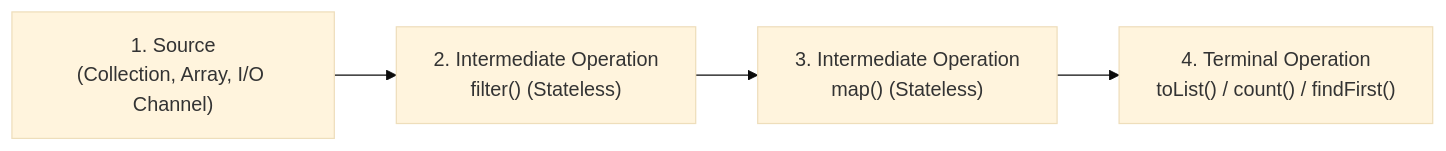
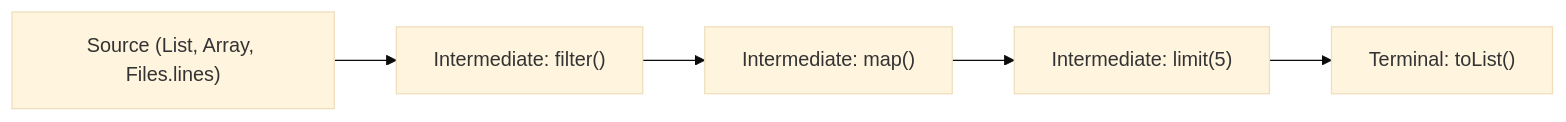
One commit to ravishankar2463/java_hub changed the first of 4 diagrams in content/roadmap/level-4/the-streams-api.md. Above: the diagram before and after it, drawn with Mermaid (base theme). The commit also changed other lines of this file and 119 other files, not shown here.

Commit message:
feat: add comprehensive java learning roadmap content across multiple levels

````diff
--- a/content/roadmap/level-4/the-streams-api.md
+++ b/content/roadmap/level-4/the-streams-api.md
@@ -22,9 +29,7 @@
 ```mermaid
 flowchart LR
-    Source["1. Source<br/>(Collection, Array, I/O Channel)"]
-    Inter1["2. Intermediate Operation<br/>filter() (Stateless)"]
-    Inter2["3. Intermediate Operation<br/>map() (Stateless)"]
-    Terminal["4. Terminal Operation<br/>toList() / count() / findFirst()"]
-
-    Source --> Inter1 --> Inter2 --> Terminal
+    source["Source (List, Array, Files.lines)"] --> op1["Intermediate: filter()"]
+    op1 --> op2["Intermediate: map()"]
+    op2 --> op3["Intermediate: limit(5)"]
+    op3 --> term["Terminal: toList()"]
 ```
````
